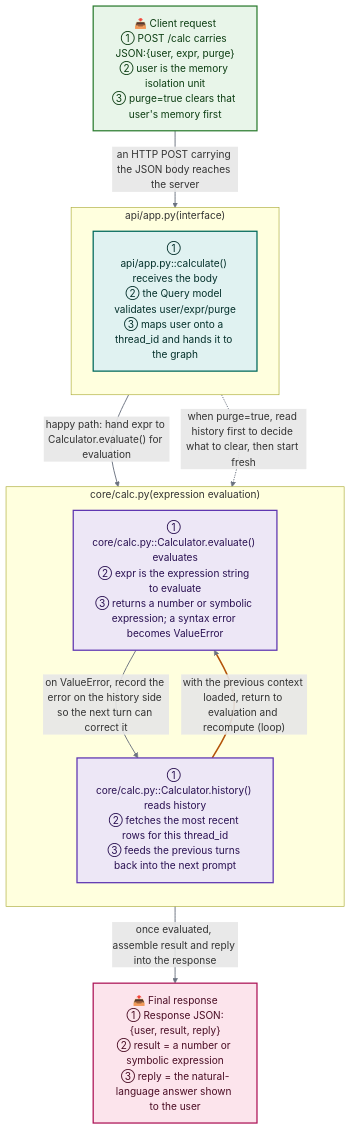
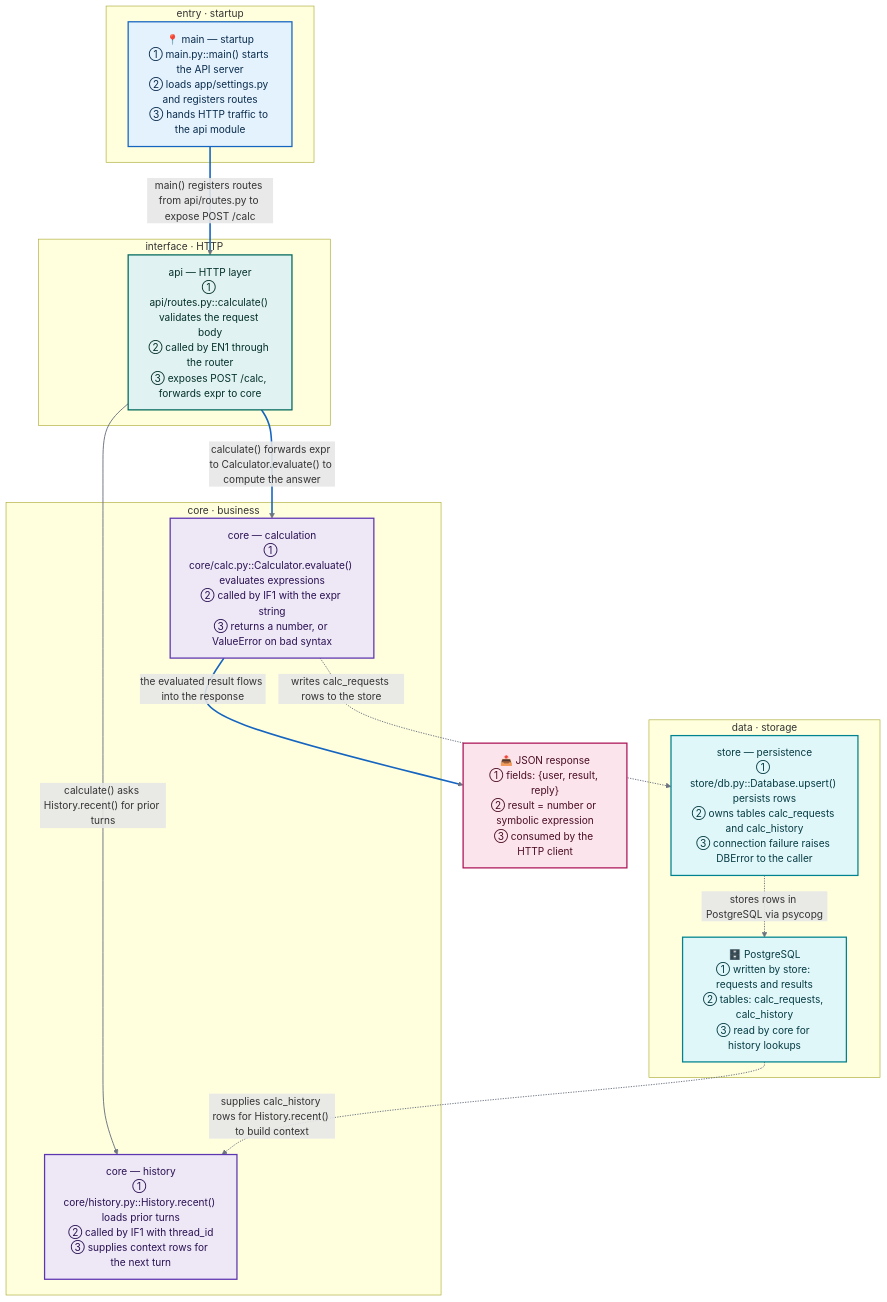
The diagram in README.md (CaoN1Ma/PROJECT_FLOW), drawn with Mermaid before and after one commit. The commit also changed other lines of this file and 3 other files, not shown here.

````diff
--- a/README.md
+++ b/README.md
@@ -17,38 +17,46 @@
 ```mermaid
 flowchart TD
     %% ---- color classes: node fill, border and text color ----
+    classDef entry fill:#e3f2fd,stroke:#1565c0,stroke-width:2px,color:#0b2c4d
     classDef iface fill:#e0f2f1,stroke:#00695c,stroke-width:2px,color:#04302b
     classDef core  fill:#ede7f6,stroke:#5e35b1,stroke-width:2px,color:#2a1152
-    classDef io    fill:#e8f5e9,stroke:#2e7d32,stroke-width:2px,color:#0c3d12
+    classDef data  fill:#e0f7fa,stroke:#00838f,stroke-width:2px,color:#053b42
     classDef out   fill:#fce4ec,stroke:#ad1457,stroke-width:2px,color:#4a0d24
 
-    %% ==================== Input:client request ====================
-    IN1["📥 Client request<br/>① POST /calc carries JSON:{user, expr, purge}<br/>② user is the memory isolation unit<br/>③ purge=true clears that user's memory first"]:::io
-
-    %% ==================== Interface:receive and orchestrate ====================
-    subgraph SUB_APP["api/app.py(interface)"]
-        direction TB
-        A1["① api/app.py::calculate() receives the body<br/>② the Query model validates user/expr/purge<br/>③ maps user onto a thread_id and hands it to the graph"]:::iface
+    %% ==================== Entry:how the project starts ====================
+    subgraph SUB_ENTRY["entry · startup"]
+        EN1["📍 main — startup<br/>① main.py::main() starts the API server<br/>② loads app/settings.py and registers routes<br/>③ hands HTTP traffic to the api module"]:::entry
     end
 
-    %% ==================== Core:calculation loop ====================
-    subgraph SUB_CORE["core/calc.py(expression evaluation)"]
-        direction TB
-        C1["① core/calc.py::Calculator.evaluate() evaluates<br/>② expr is the expression string to evaluate<br/>③ returns a number or symbolic expression; a syntax error becomes ValueError"]:::core
-        C2["① core/calc.py::Calculator.history() reads history<br/>② fetches the most recent rows for this thread_id<br/>③ feeds the previous turns back into the next prompt"]:::core
+    %% ==================== Interface:HTTP intake ====================
+    subgraph SUB_IFACE["interface · HTTP"]
+        IF1["api — HTTP layer<br/>① api/routes.py::calculate() validates the request body<br/>② called by EN1 through the router<br/>③ exposes POST /calc, forwards expr to core"]:::iface
     end
 
-    %% ==================== Output:HTTP response ====================
-    OUT1["📤 Final response<br/>① Response JSON:{user, result, reply}<br/>② result = a number or symbolic expression<br/>③ reply = the natural-language answer shown to the user"]:::out
+    %% ==================== Core:business logic ====================
+    subgraph SUB_CORE["core · business"]
+        CO1["core — calculation<br/>① core/calc.py::Calculator.evaluate() evaluates expressions<br/>② called by IF1 with the expr string<br/>③ returns a number, or ValueError on bad syntax"]:::core
+        CO2["core — history<br/>① core/history.py::History.recent() loads prior turns<br/>② called by IF1 with thread_id<br/>③ supplies context rows for the next turn"]:::core
+    end
 
-    %% ==================== Edges (every one carries a concrete explanation) ====================
-    IN1 -- "an HTTP POST carrying the JSON body reaches the server" --> A1
-    A1  -- "happy path: hand expr to Calculator.evaluate() for evaluation" --> C1
-    A1  -. "when purge=true, read history first to decide what to clear, then start fresh" .-> C2
-    C1  -- "on ValueError, record the error on the history side so the next turn can correct it" --> C2
-    C2  -- "with the previous context loaded, return to evaluation and recompute (loop)" --> C1
-    C1  -- "once evaluated, assemble result and reply into the response" --> OUT1
+    %% ==================== Data:where data lives ====================
+    subgraph SUB_DATA["data · storage"]
+        SO1["store — persistence<br/>① store/db.py::Database.upsert() persists rows<br/>② owns tables calc_requests and calc_history<br/>③ connection failure raises DBError to the caller"]:::data
+        DA1["🗄️ PostgreSQL<br/>① written by store: requests and results<br/>② tables: calc_requests, calc_history<br/>③ read by core for history lookups"]:::data
+    end
+
+    %% ==================== Output:what the project produces ====================
+    OUT1["📤 JSON response<br/>① fields: {user, result, reply}<br/>② result = number or symbolic expression<br/>③ consumed by the HTTP client"]:::out
+
+    %% ==================== Edges:solid = reference, dashed = data ====================
+    EN1 -- "main() registers routes from api/routes.py to expose POST /calc" --> IF1
+    IF1 -- "calculate() forwards expr to Calculator.evaluate() to compute the answer" --> CO1
+    IF1 -- "calculate() asks History.recent() for prior turns" --> CO2
+    CO1 -. "writes calc_requests rows to the store" .-> SO1
+    SO1 -. "stores rows in PostgreSQL via psycopg" .-> DA1
+    DA1 -. "supplies calc_history rows for History.recent() to build context" .-> CO2
+    CO1 -- "the evaluated result flows into the response" --> OUT1
 
     linkStyle default stroke:#6b7280,stroke-width:1.5px
-    linkStyle 4 stroke:#b45309,stroke-width:2.5px
+    linkStyle 0,1,6 stroke:#1565c0,stroke-width:2.5px
 ```
````
